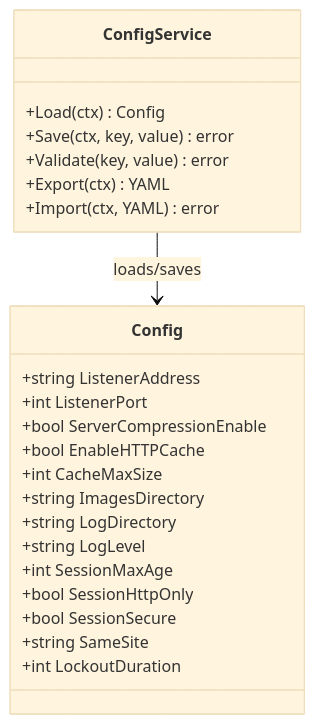
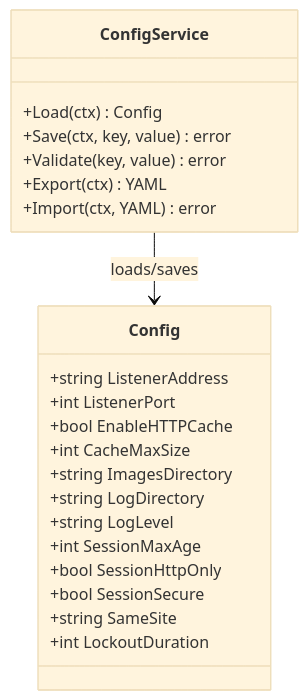
One commit to lbe/sfpg-go changed diagram 18 of 20 in docs/ARCHITECTURE.md. Above: the diagram before and after it, drawn with Mermaid (base theme). The commit also changed other lines of this file and 247 other files, not shown here.

````diff
--- a/docs/ARCHITECTURE.md
+++ b/docs/ARCHITECTURE.md
@@ -1083,28 +1091,27 @@
 ```mermaid
 classDiagram
     class Config {
         +string ListenerAddress
         +int ListenerPort
-        +bool ServerCompressionEnable
         +bool EnableHTTPCache
         +int CacheMaxSize
         +string ImagesDirectory
         +string LogDirectory
         +string LogLevel
         +int SessionMaxAge
         +bool SessionHttpOnly
         +bool SessionSecure
         +string SameSite
         +int LockoutDuration
     }
 
     class ConfigService {
         +Load(ctx) Config
         +Save(ctx, key, value) error
         +Validate(key, value) error
         +Export(ctx) YAML
         +Import(ctx, YAML) error
     }
 
     ConfigService --> Config : loads/saves
 ```
````
